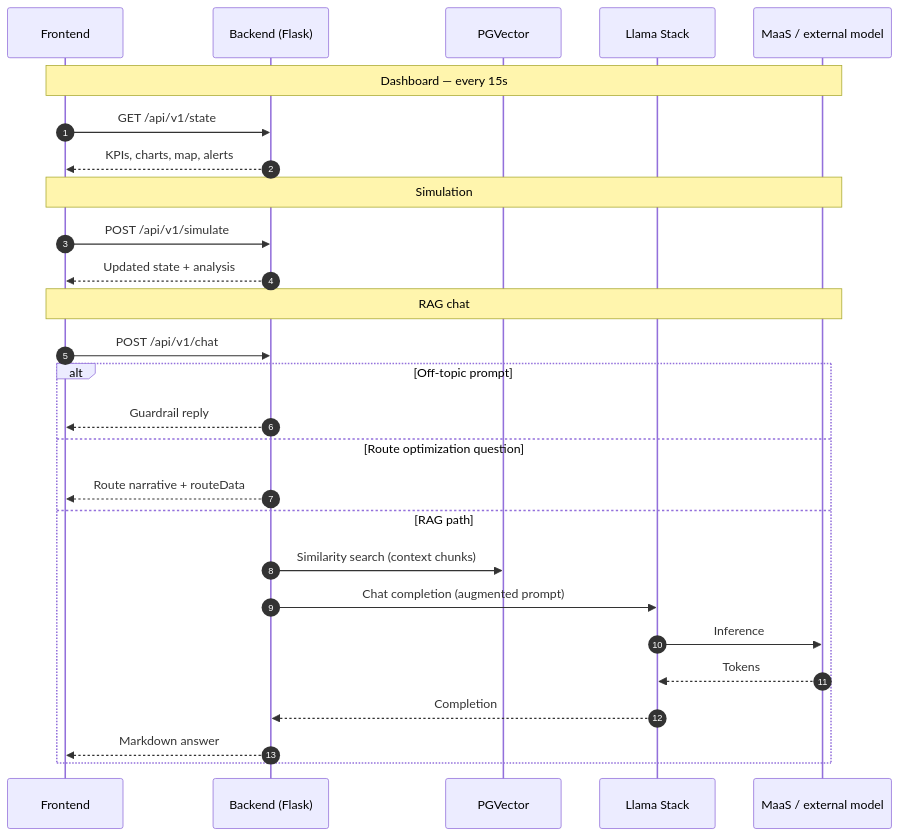
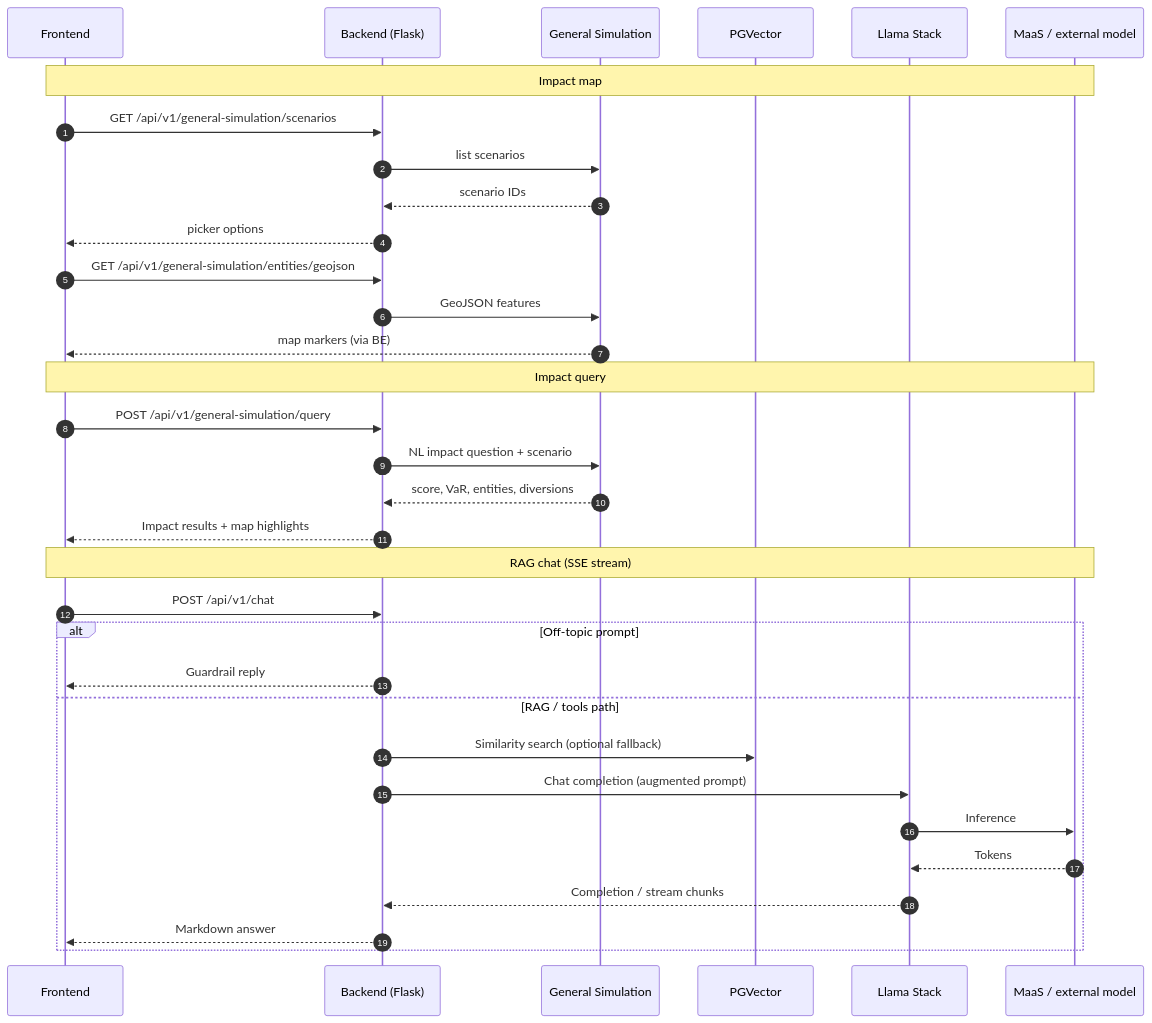
One commit to mhdawson/ai-supply-chain-agent changed the second of 2 diagrams in README.md. Above: the diagram before and after it, drawn with Mermaid. The commit also changed other lines of this file and 100 other files, not shown here.

````diff
--- a/README.md
+++ b/README.md
@@ -89,32 +96,38 @@
 ```mermaid
 sequenceDiagram
   autonumber
   participant UI as Frontend
   participant BE as Backend (Flask)
+  participant GS as General Simulation
   participant PG as PGVector
   participant LS as Llama Stack
   participant LLM as MaaS / external model
 
-  Note over UI,LLM: Dashboard — every 15s
-  UI->>BE: GET /api/v1/state
-  BE-->>UI: KPIs, charts, map, alerts
+  Note over UI,LLM: Impact map
+  UI->>BE: GET /api/v1/general-simulation/scenarios
+  BE->>GS: list scenarios
+  GS-->>BE: scenario IDs
+  BE-->>UI: picker options
+  UI->>BE: GET /api/v1/general-simulation/entities/geojson
+  BE->>GS: GeoJSON features
+  GS-->>UI: map markers (via BE)
 
-  Note over UI,LLM: Simulation
-  UI->>BE: POST /api/v1/simulate
-  BE-->>UI: Updated state + analysis
+  Note over UI,LLM: Impact query
+  UI->>BE: POST /api/v1/general-simulation/query
+  BE->>GS: NL impact question + scenario
+  GS-->>BE: score, VaR, entities, diversions
+  BE-->>UI: Impact results + map highlights
 
-  Note over UI,LLM: RAG chat
+  Note over UI,LLM: RAG chat (SSE stream)
   UI->>BE: POST /api/v1/chat
   alt Off-topic prompt
     BE-->>UI: Guardrail reply
-  else Route optimization question
-    BE-->>UI: Route narrative + routeData
-  else RAG path
-    BE->>PG: Similarity search (context chunks)
+  else RAG / tools path
+    BE->>PG: Similarity search (optional fallback)
     BE->>LS: Chat completion (augmented prompt)
     LS->>LLM: Inference
     LLM-->>LS: Tokens
-    LS-->>BE: Completion
+    LS-->>BE: Completion / stream chunks
     BE-->>UI: Markdown answer
   end
 ```
````
